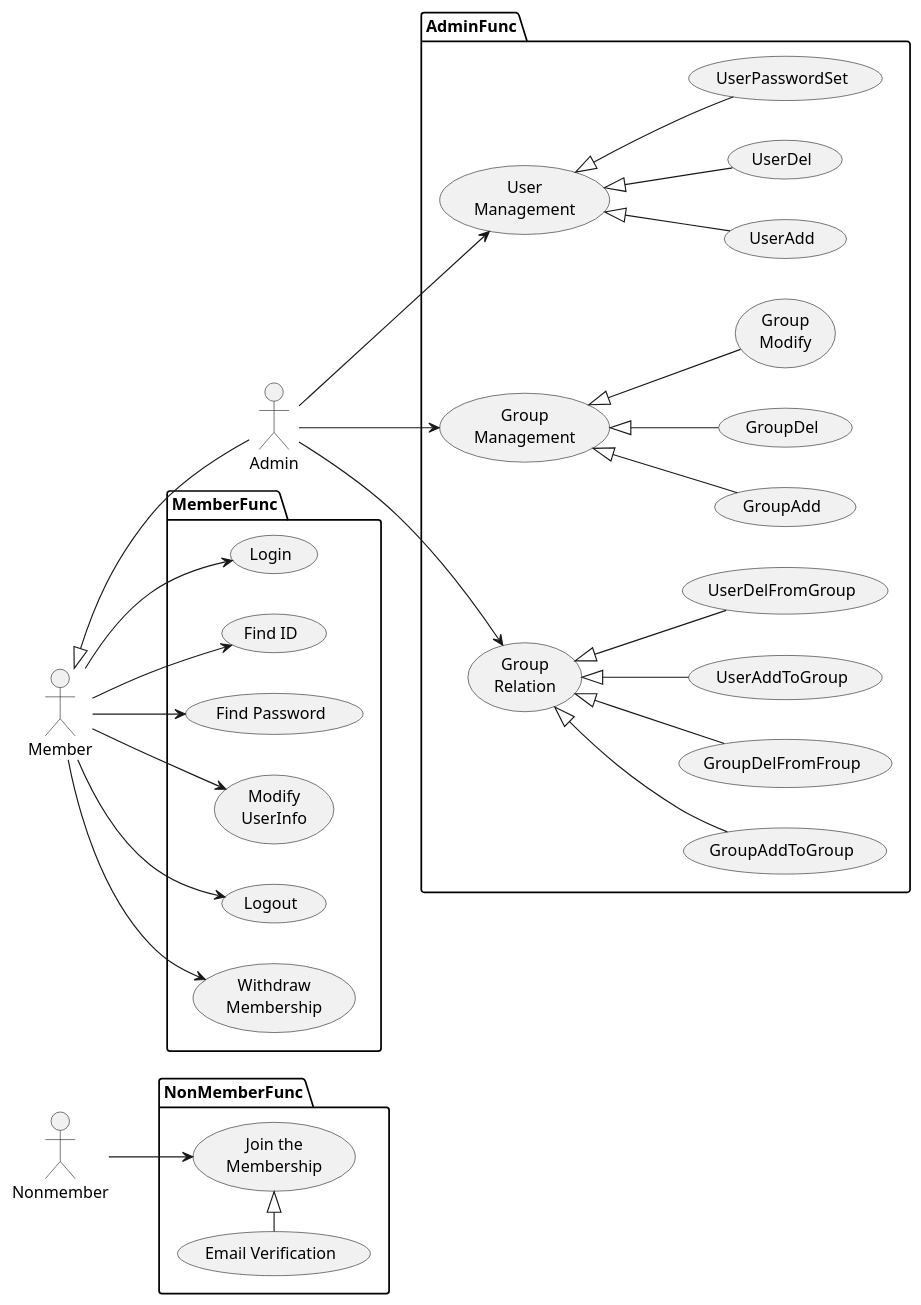
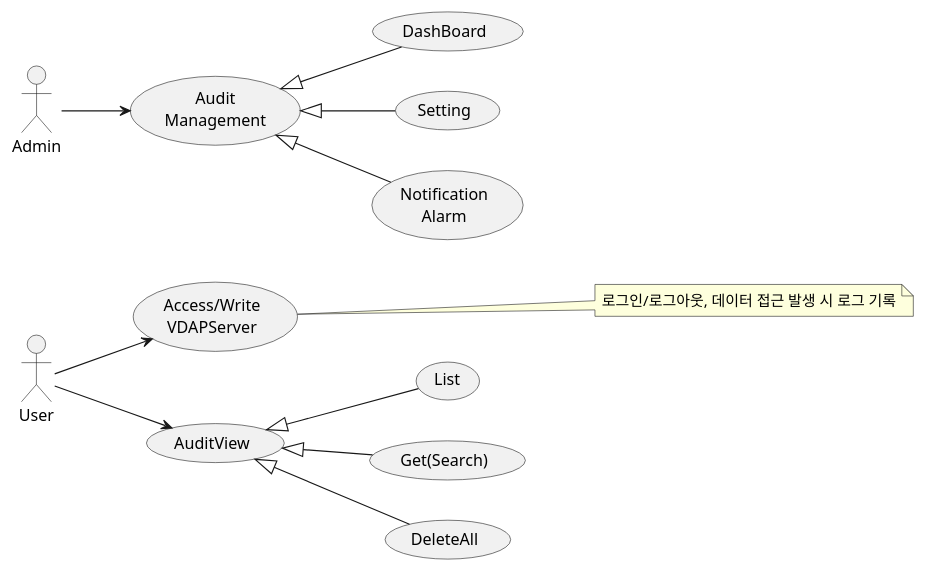
The first of 4 diagrams in docs/arch/audit.md (DataFabricTech/DataFabricPlatform), drawn with PlantUML before and after one commit. The commit also changed other lines of this file and 5 other files, not shown here.

````diff
--- a/docs/arch/audit.md
+++ b/docs/arch/audit.md
@@ -147,66 +89,32 @@
 ```plantuml
-@startuml vdap_usecase
+@startuml
 allowmixing
 left to right direction
-actor Nonmember
-actor Member
+actor User
 actor Admin
 
-package NonMemberFunc{
-  usecase "Join the\nMembership" as join
-  usecase "Email Verification" as email_verification
-  email_verification -right-|> join
-}
+usecase "Access/Write\nVDAPServer" as event
+note "로그인/로그아웃, 데이터 접근 발생 시 로그 기록" as event_note
+event ... event_note
+usecase "AuditView" as audit 
+usecase "List" as list
+usecase "Get(Search)" as search
+usecase "DeleteAll" as delete_all
+audit <|-- list
+audit <|-- search
+audit <|-- delete_all
 
-package MemberFunc{
-  usecase "Login" as login
-  usecase "Find ID" as find_id
-  usecase "Find Password" as find_pw
-  usecase "Modify\nUserInfo" as modify_user_info
-  usecase "Logout" as logout
-  usecase "Withdraw\nMembership" as withdraw
-}
+User --> event 
+User --> audit
 
-package AdminFunc{
-  usecase "User\nManagement" as user_management
-  usecase "UserAdd" as user_add
-  usecase "UserDel" as user_del
-  usecase "UserPasswordSet" as user_password_set
-  user_management <|-down- user_add
-  user_management <|-down- user_del
-  user_management <|-down- user_password_set 
-  usecase "Group\nManagement" as group_management
-  usecase "GroupAdd" as group_add
-  usecase "GroupDel" as group_del
-  usecase "Group\nModify" as group_modify
-  group_management <|-- group_add 
-  group_management <|-- group_del
-  group_management <|-- group_modify
-  usecase "Group\nRelation" as group_relation
-  usecase "GroupAddToGroup" as group_add_group
-  usecase "GroupDelFromFroup" as group_del_group
-  usecase "UserAddToGroup" as user_add_group
-  usecase "UserDelFromGroup" as user_del_group
-  group_relation <|-- group_add_group
-  group_relation <|-- group_del_group
-  group_relation <|-- user_add_group
-  group_relation <|-- user_del_group
-}
+usecase "Audit\nManagement" as management
+usecase "DashBoard" as dashboard
+usecase "Setting" as setting
+usecase "Notification\nAlarm" as noti
+management <|-- dashboard
+management <|-- setting
+management <|-- noti
 
-Nonmember --> join
-
-Member --> login
-Member --> find_id
-Member --> find_pw
-Member --> logout
-Member --> modify_user_info
-Member --> withdraw
-
-Member <|-- Admin
-
-Admin --> user_management
-Admin --> group_management
-Admin --> group_relation
-
+Admin --> management
 @enduml
 ```
````
